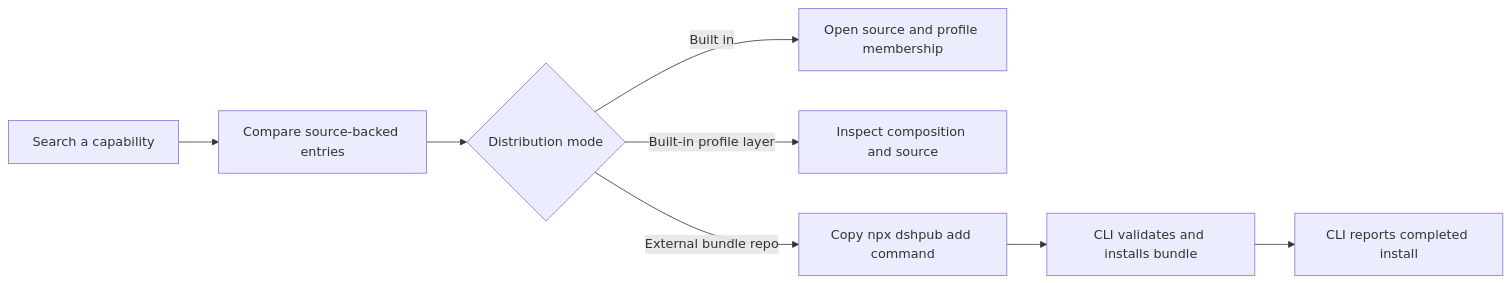
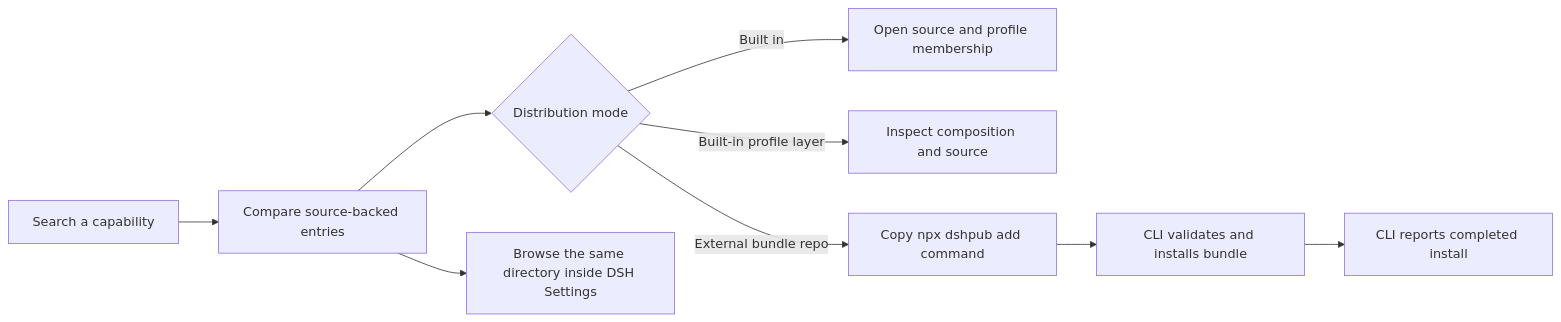
Before and after one commit to dsh-pub/dsh-pub: the diagram in docs/product.md, drawn with Mermaid. The commit also changed other lines of this file and 43 other files, not shown here.

Commit message:
feat: add in-DSH plugin directory

````diff
--- a/docs/product.md
+++ b/docs/product.md
@@ -30,10 +30,11 @@
 ```mermaid
 flowchart LR
     A[Search a capability] --> B[Compare source-backed entries]
     B --> C{Distribution mode}
     C -->|Built in| D[Open source and profile membership]
     C -->|Built-in profile layer| H[Inspect composition and source]
     C -->|External bundle repo| E[Copy npx dshpub add command]
     E --> F[CLI validates and installs bundle]
     F --> G[CLI reports completed install]
+    B --> I[Browse the same directory inside DSH Settings]
 ```
````
